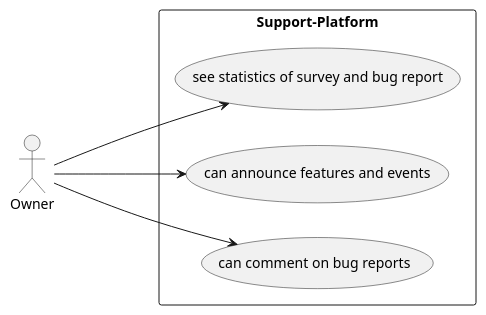
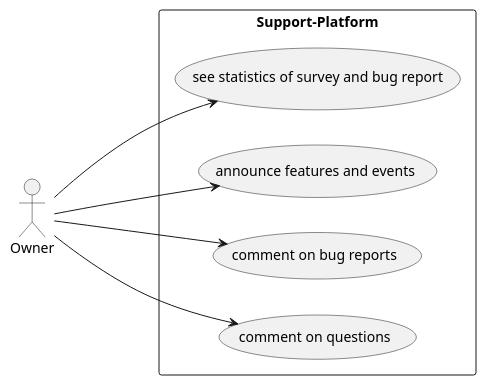
Before and after one commit to htl-leonding-project/2022-4ahif-vinitor: the diagram in asciidocs/plantuml/use_case_owner.puml, drawn with PlantUML. The commit also changed 2 other files, not shown here.

```diff
--- a/asciidocs/plantuml/use_case_owner.puml
+++ b/asciidocs/plantuml/use_case_owner.puml
@@ -1,13 +1,14 @@
 @startuml
 'https://plantuml.com/use-case-diagram
 
 
 left to right direction
 :Owner:
 
 rectangle Support-Platform{
  Owner ---> (see statistics of survey and bug report)
- Owner ---> (can announce features and events)
- Owner ---> (can comment on bug reports)
+ Owner ---> (announce features and events)
+ Owner ---> (comment on bug reports)
+ Owner ---> (comment on questions)
 }
 @enduml
```
